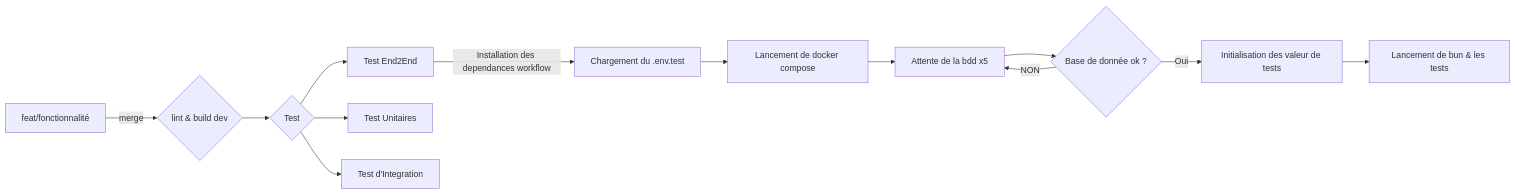
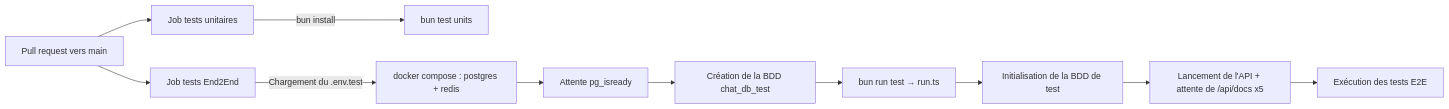
One commit to aydryun/lime changed the second of 2 diagrams in docs/guide-bonne-pratiques.md. Above: the diagram before and after it, drawn with Mermaid. The commit also changed other lines of this file, not shown here.

````diff
--- a/docs/guide-bonne-pratiques.md
+++ b/docs/guide-bonne-pratiques.md
@@ -65,16 +80,13 @@
 ```mermaid
-
 flowchart LR
-    A[feat/fonctionnalité] -->|merge| B{lint & build dev}
-    B -->  C{Test}
-    C --> D[Test End2End]
-    C --> E[Test Unitaires]
-    C --> F[Test d'Integration]
-    D -->|Installation des dependances workflow| G[Chargement du .env.test]
-    G -->H[Lancement de docker compose]
-    H -->I[Attente de la bdd x5]
-    I -->J{Base de donnée ok ?}
-    J -->|NON|I
-    J -->|Oui|K[Initialisation des valeur de tests]
-    K -->L[Lancement de bun & les tests]
+    A[Pull request vers main] --> U[Job tests unitaires]
+    A --> E[Job tests End2End]
+    U -->|bun install| U1[bun test units]
+    E -->|Chargement du .env.test| E1[docker compose : postgres + redis]
+    E1 --> E2[Attente pg_isready]
+    E2 --> E3[Création de la BDD chat_db_test]
+    E3 --> E4[bun run test → run.ts]
+    E4 --> E5[Initialisation de la BDD de test]
+    E5 --> E6[Lancement de l'API + attente de /api/docs x5]
+    E6 --> E7[Exécution des tests E2E]
 ```
````
